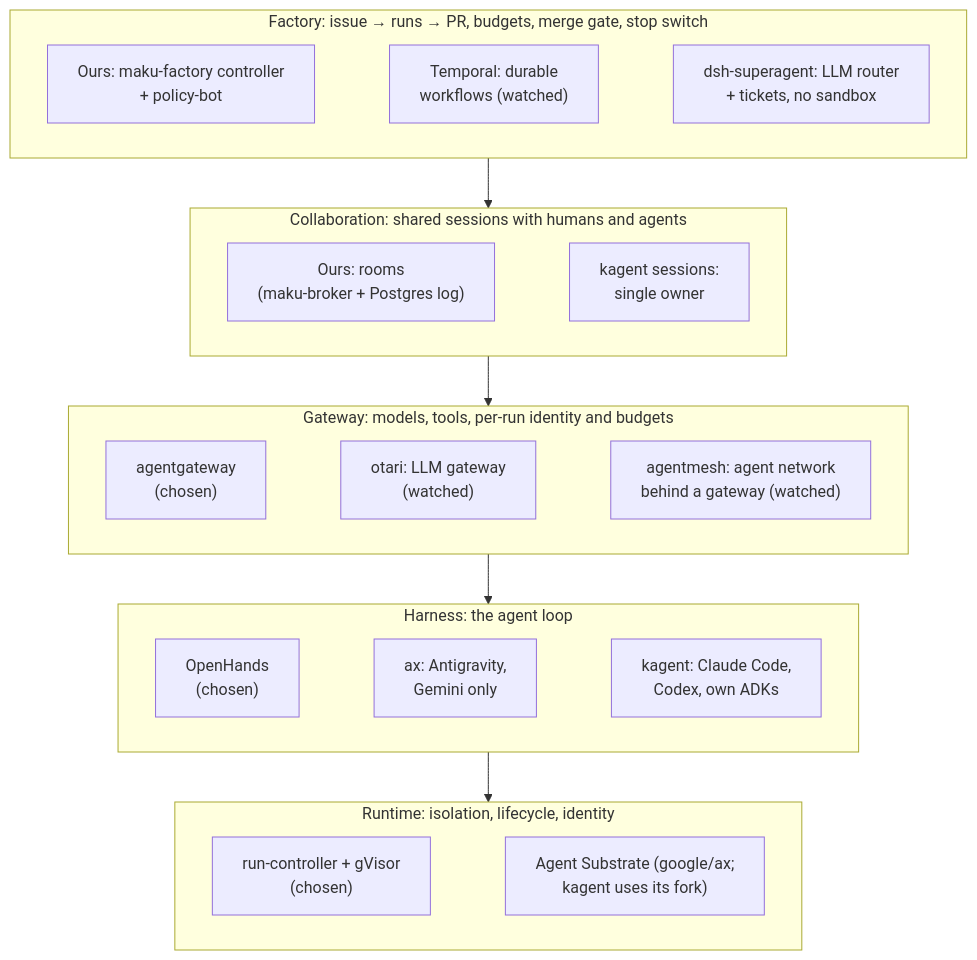
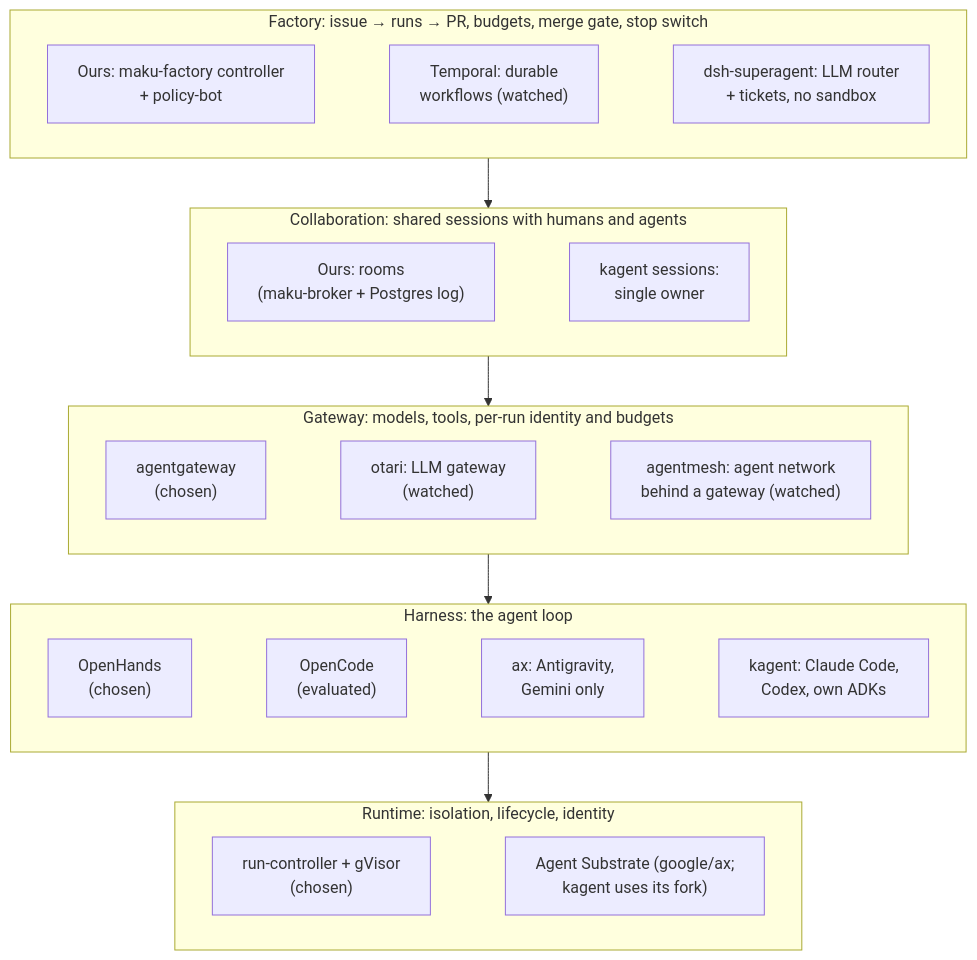
One commit to Smana/ai-native-ref changed the diagram in website/content/docs/how-it-works/alternatives.md. Above: the diagram before and after it, drawn with Mermaid. The commit also changed other lines of this file, not shown here.

Commit message:
docs: evaluate OpenCode as a harness alternative

````diff
--- a/website/content/docs/how-it-works/alternatives.md
+++ b/website/content/docs/how-it-works/alternatives.md
@@ -42,25 +42,25 @@
 ```mermaid
 %%{init: {"flowchart": {"wrappingWidth": 400}}}%%
 flowchart TB
   subgraph L5["Factory: issue → runs → PR, budgets, merge gate, stop switch"]
     direction LR
     F5["Ours: maku-factory controller<br/>+ policy-bot"] ~~~ T5["Temporal: durable<br/>workflows (watched)"] ~~~ D5["dsh-superagent: LLM router<br/>+ tickets, no sandbox"]
   end
   subgraph L4["Collaboration: shared sessions with humans and agents"]
     direction LR
     F4["Ours: rooms<br/>(maku-broker + Postgres log)"] ~~~ K4["kagent sessions:<br/>single owner"]
   end
   subgraph L3["Gateway: models, tools, per-run identity and budgets"]
     direction LR
     F3["agentgateway<br/>(chosen)"] ~~~ O3["otari: LLM gateway<br/>(watched)"] ~~~ M3["agentmesh: agent network<br/>behind a gateway (watched)"]
   end
   subgraph L2["Harness: the agent loop"]
     direction LR
-    F2["OpenHands<br/>(chosen)"] ~~~ A2["ax: Antigravity,<br/>Gemini only"] ~~~ K2["kagent: Claude Code,<br/>Codex, own ADKs"]
+    F2["OpenHands<br/>(chosen)"] ~~~ O2C["OpenCode<br/>(evaluated)"] ~~~ A2["ax: Antigravity,<br/>Gemini only"] ~~~ K2["kagent: Claude Code,<br/>Codex, own ADKs"]
   end
   subgraph L1["Runtime: isolation, lifecycle, identity"]
     direction LR
     F1["run-controller + gVisor<br/>(chosen)"] ~~~ S1["Agent Substrate (google/ax;<br/>kagent uses its fork)"]
   end
   L5 --> L4 --> L3 --> L2 --> L1
 ```
````
